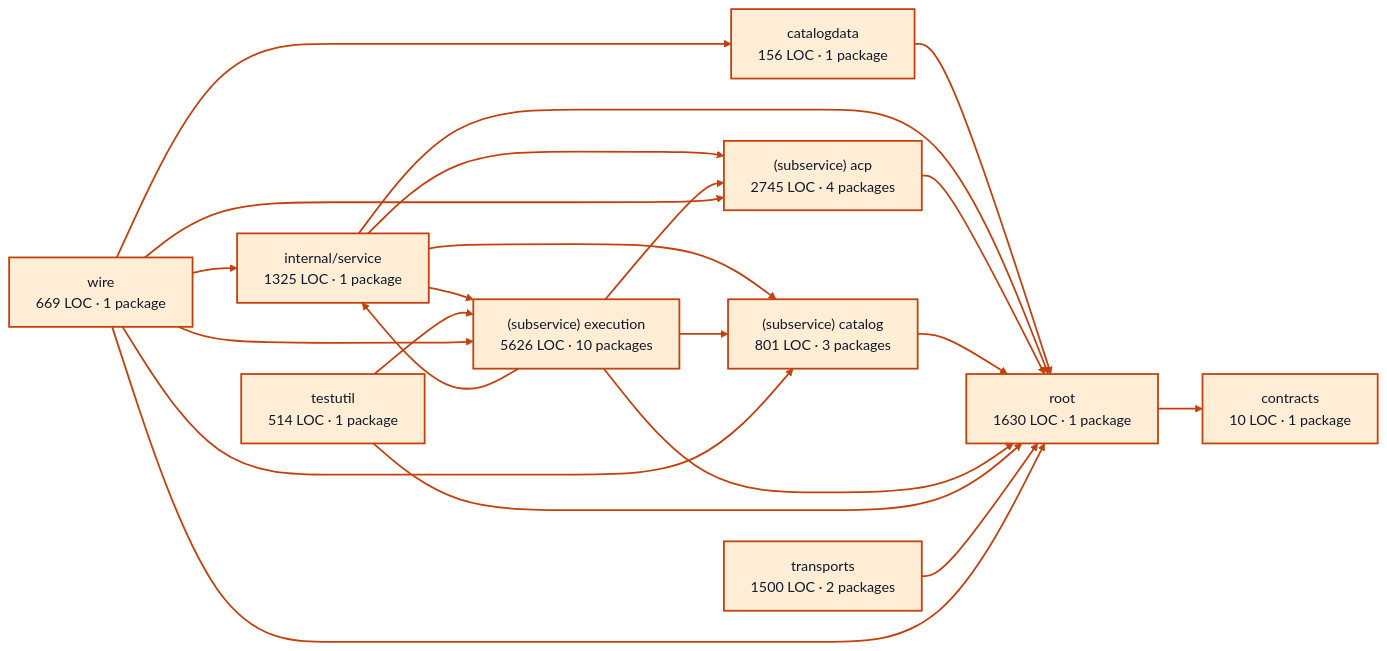
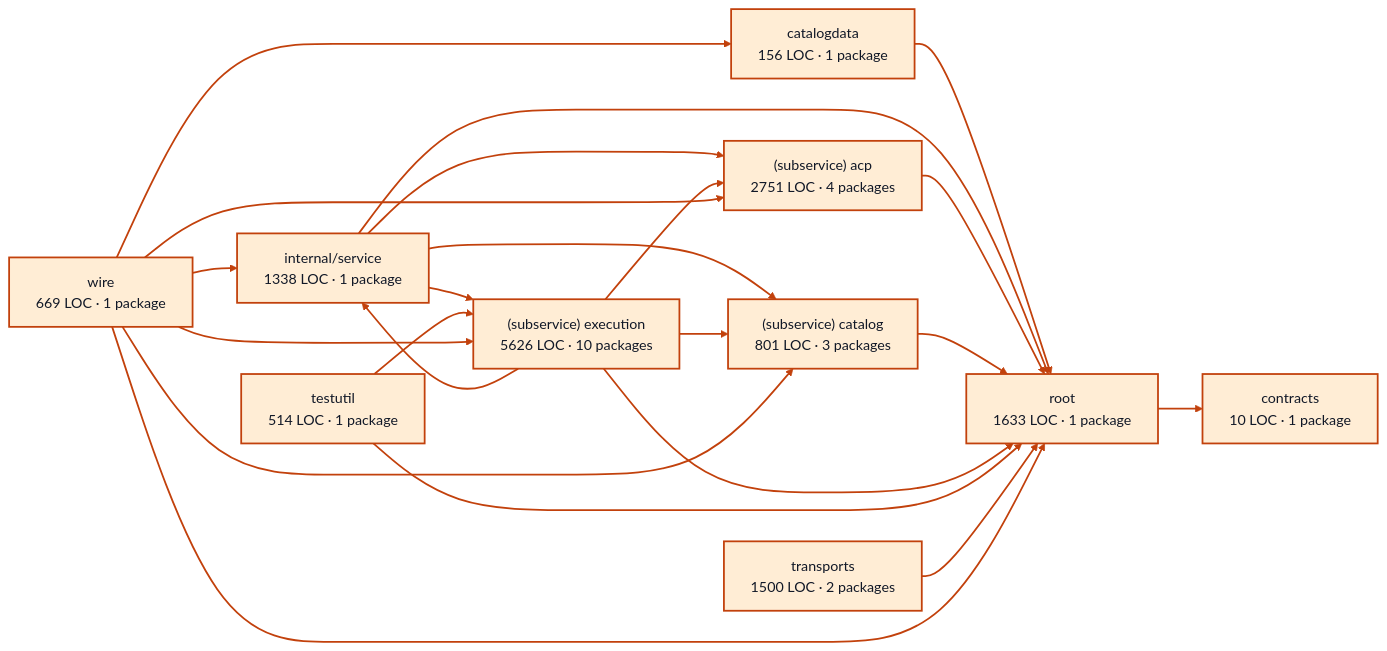
One commit to portpowered/you-agent-factory changed the diagram in docs/architecture/visualizations/services/providers.md. Above: the diagram before and after it, drawn with Mermaid. The commit also changed other lines of this file and 20 other files, not shown here.

Commit message:
docs: refresh backend architecture visualizations

````diff
--- a/docs/architecture/visualizations/services/providers.md
+++ b/docs/architecture/visualizations/services/providers.md
@@ -11,45 +11,45 @@
 ```mermaid
 flowchart LR
   p0["catalogdata<br/>156 LOC · 1 package"]
   p1["contracts<br/>10 LOC · 1 package"]
-  p2["internal/service<br/>1325 LOC · 1 package"]
-  p3["(subservice) acp<br/>2745 LOC · 4 packages"]
+  p2["internal/service<br/>1338 LOC · 1 package"]
+  p3["(subservice) acp<br/>2751 LOC · 4 packages"]
   p4["(subservice) catalog<br/>801 LOC · 3 packages"]
   p5["(subservice) execution<br/>5626 LOC · 10 packages"]
   p6["testutil<br/>514 LOC · 1 package"]
-  p7["root<br/>1630 LOC · 1 package"]
+  p7["root<br/>1633 LOC · 1 package"]
   p8["transports<br/>1500 LOC · 2 packages"]
   p9["wire<br/>669 LOC · 1 package"]
   p0 --> p7
   p2 --> p3
   p2 --> p4
   p2 --> p5
   p2 --> p7
   p3 --> p7
   p4 --> p7
   p5 --> p2
   p5 --> p3
   p5 --> p4
   p5 --> p7
   p6 --> p5
   p6 --> p7
   p7 --> p1
   p8 --> p7
   p9 --> p0
   p9 --> p2
   p9 --> p3
   p9 --> p4
   p9 --> p5
   p9 --> p7
   style p0 fill:#ffedd5,stroke:#c2410c,stroke-width:2px,color:#111827
   style p1 fill:#ffedd5,stroke:#c2410c,stroke-width:2px,color:#111827
   style p2 fill:#ffedd5,stroke:#c2410c,stroke-width:2px,color:#111827
   style p3 fill:#ffedd5,stroke:#c2410c,stroke-width:2px,color:#111827
   style p4 fill:#ffedd5,stroke:#c2410c,stroke-width:2px,color:#111827
   style p5 fill:#ffedd5,stroke:#c2410c,stroke-width:2px,color:#111827
   style p6 fill:#ffedd5,stroke:#c2410c,stroke-width:2px,color:#111827
   style p7 fill:#ffedd5,stroke:#c2410c,stroke-width:2px,color:#111827
   style p8 fill:#ffedd5,stroke:#c2410c,stroke-width:2px,color:#111827
   style p9 fill:#ffedd5,stroke:#c2410c,stroke-width:2px,color:#111827
   linkStyle default stroke:#c2410c,stroke-width:2px
 ```
````
